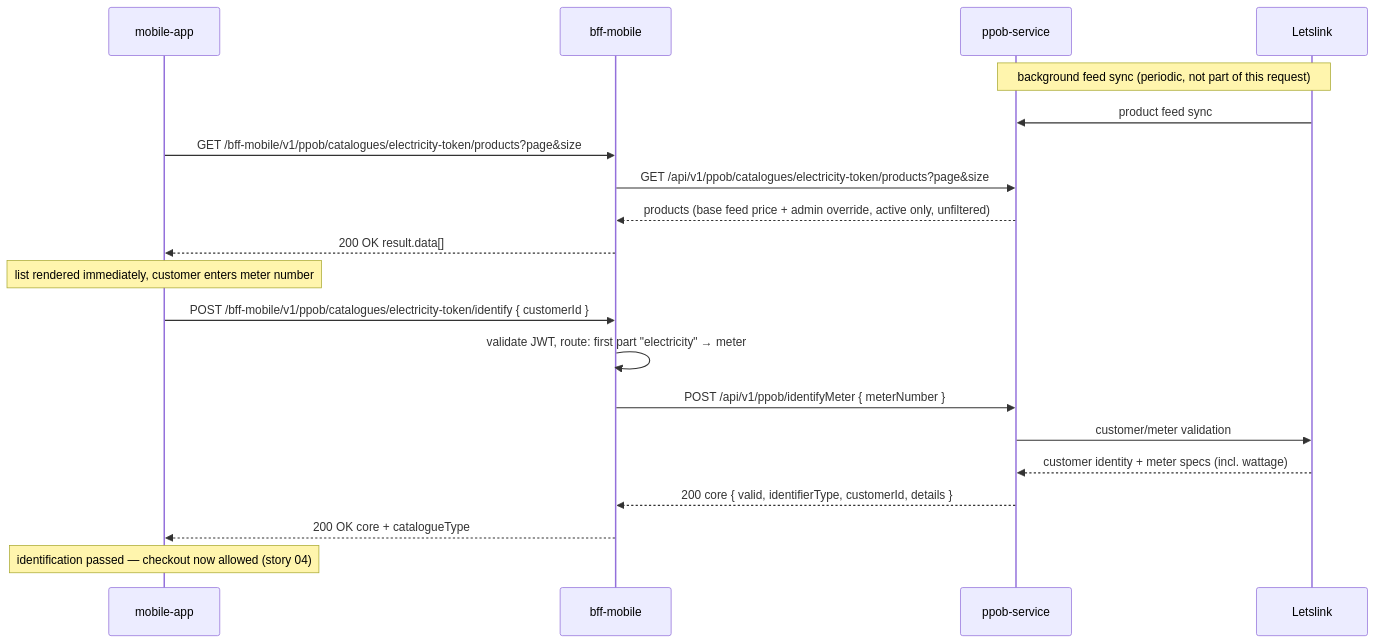
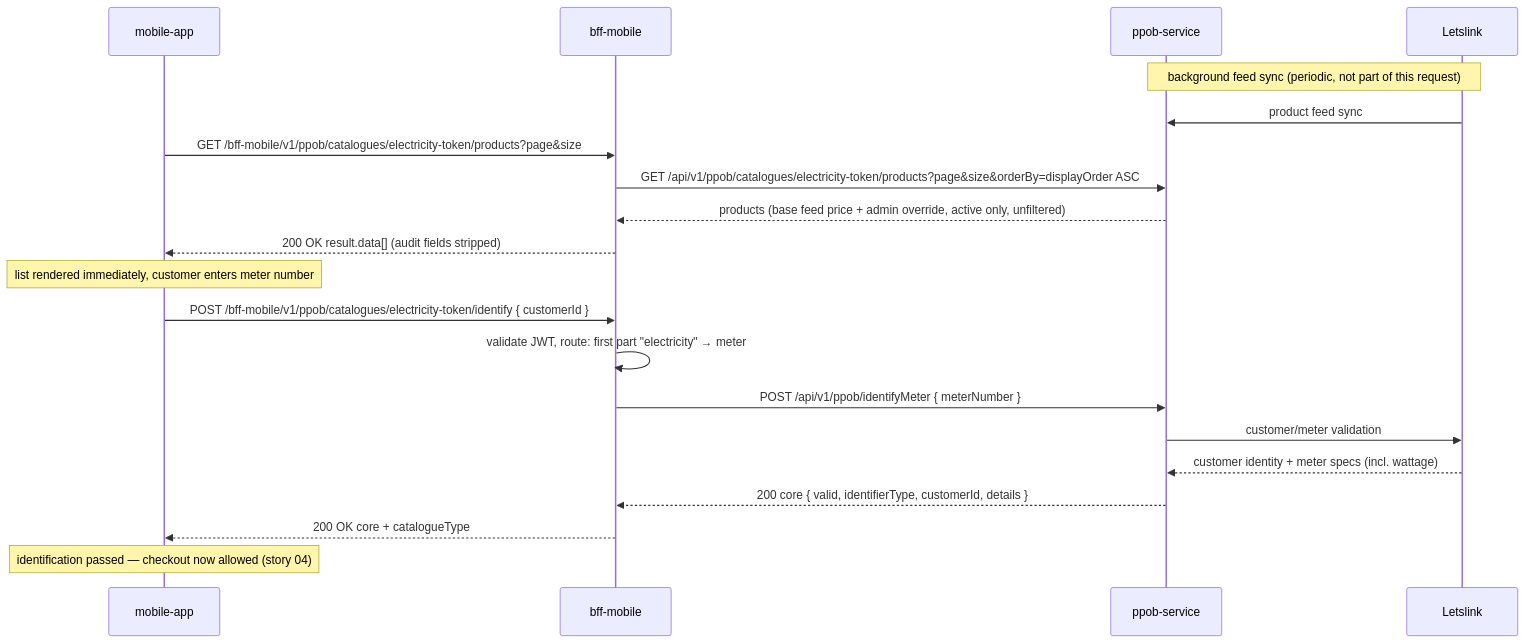
Before and after one commit to NaufalA/system-design: the diagram in designs/ppob-bnpl-pilot/api/stories/02-browse-electricity-token.md, drawn with Mermaid. The commit also changed other lines of this file and 7 other files, not shown here.

````diff
--- a/designs/ppob-bnpl-pilot/api/stories/02-browse-electricity-token.md
+++ b/designs/ppob-bnpl-pilot/api/stories/02-browse-electricity-token.md
@@ -7,25 +7,25 @@
 ```mermaid
 sequenceDiagram
     participant app as mobile-app
     participant bff as bff-mobile
     participant ppob as ppob-service
     participant ll as Letslink
 
     Note over ll,ppob: background feed sync (periodic, not part of this request)
     ll->>ppob: product feed sync
 
     app->>bff: GET /bff-mobile/v1/ppob/catalogues/electricity-token/products?page&size
-    bff->>ppob: GET /api/v1/ppob/catalogues/electricity-token/products?page&size
+    bff->>ppob: GET /api/v1/ppob/catalogues/electricity-token/products?page&size&orderBy=displayOrder ASC
     ppob-->>bff: products (base feed price + admin override, active only, unfiltered)
-    bff-->>app: 200 OK result.data[]
+    bff-->>app: 200 OK result.data[] (audit fields stripped)
     Note over app: list rendered immediately, customer enters meter number
 
     app->>bff: POST /bff-mobile/v1/ppob/catalogues/electricity-token/identify { customerId }
     bff->>bff: validate JWT, route: first part "electricity" → meter
     bff->>ppob: POST /api/v1/ppob/identifyMeter { meterNumber }
     ppob->>ll: customer/meter validation
     ll-->>ppob: customer identity + meter specs (incl. wattage)
     ppob-->>bff: 200 core { valid, identifierType, customerId, details }
     bff-->>app: 200 OK core + catalogueType
     Note over app: identification passed — checkout now allowed (story 04)
 ```
````
